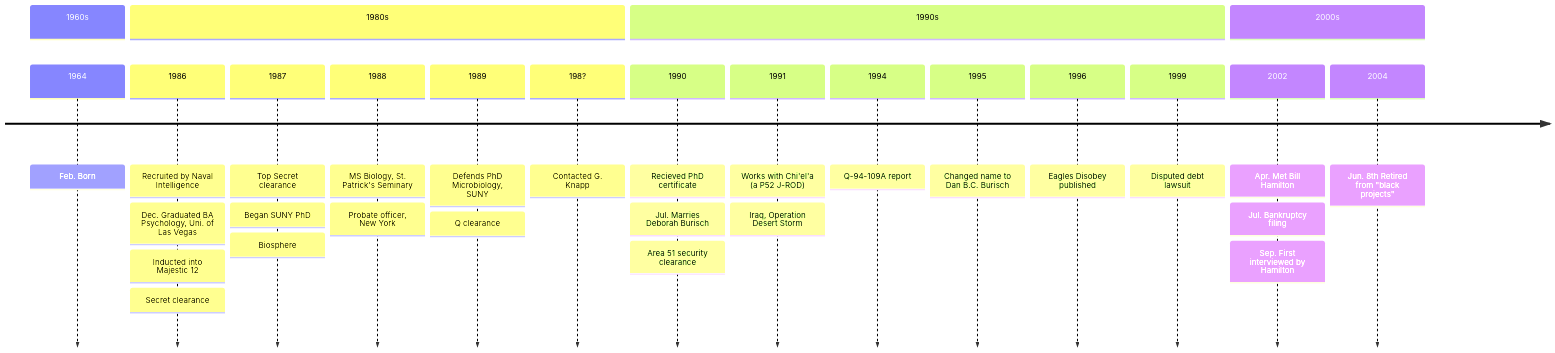
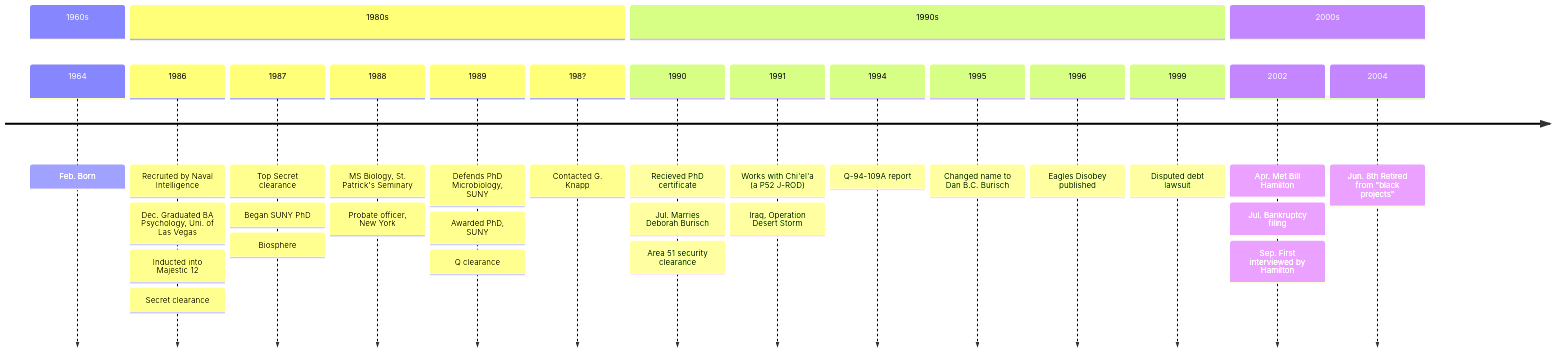
The diagram in docs/people/burisch_dan.md (Black-Star-Institute/blackstar.github.io), drawn with Mermaid before and after one commit. The commit also changed other lines of this file, not shown here.

````diff
--- a/docs/people/burisch_dan.md
+++ b/docs/people/burisch_dan.md
@@ -9,33 +9,34 @@
 ```mermaid
 timeline
     section 1960s
         1964 : Feb. Born
     section 1980s
         1986 : Recruited by Naval Intelligence
              : Dec. Graduated BA Psychology, Uni. of Las Vegas
              : Inducted into Majestic 12
              : Secret clearance
         1987 : Top Secret clearance
              : Began SUNY PhD
              : Biosphere
         1988 : MS Biology, St. Patrick's Seminary
              : Probate officer, New York
         1989 : Defends PhD Microbiology, SUNY
+             : Awarded PhD, SUNY
              : Q clearance
         198? : Contacted G. Knapp
     section 1990s
         1990 : Recieved PhD certificate
              : Jul. Marries Deborah Burisch
              : Area 51 security clearance
         1991 : Works with Chi'el'a (a P52 J-ROD)
              : Iraq, Operation Desert Storm
         1994 : Q-94-109A report
         1995 : Changed name to Dan B.C. Burisch
         1996 : Eagles Disobey published
         1999 : Disputed debt lawsuit
     section 2000s
         2002 : Apr. Met Bill Hamilton
              : Jul. Bankruptcy filing
              : Sep. First interviewed by Hamilton
         2004 : Jun. 8th Retired from "black projects"
 ```
````
